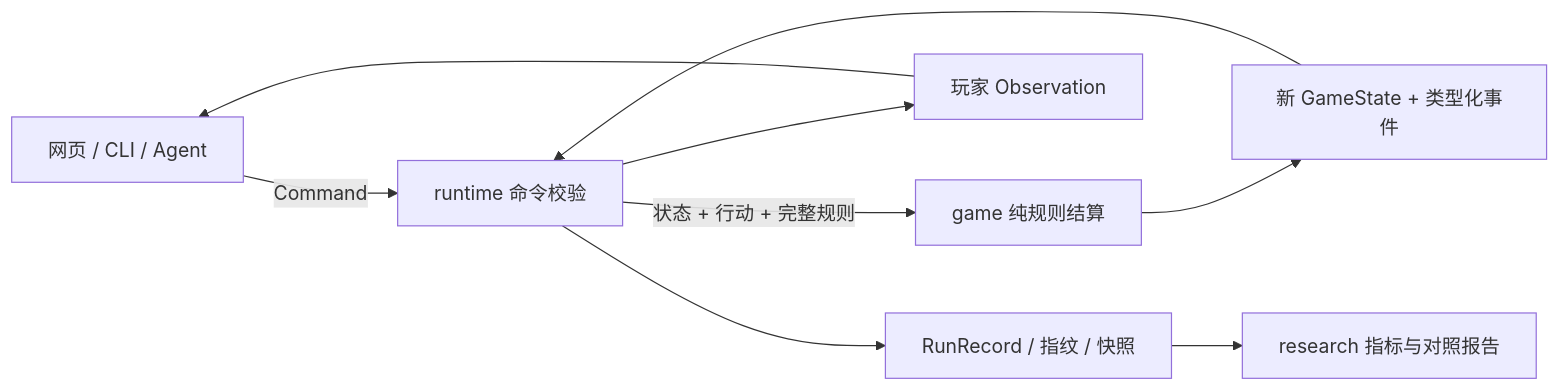
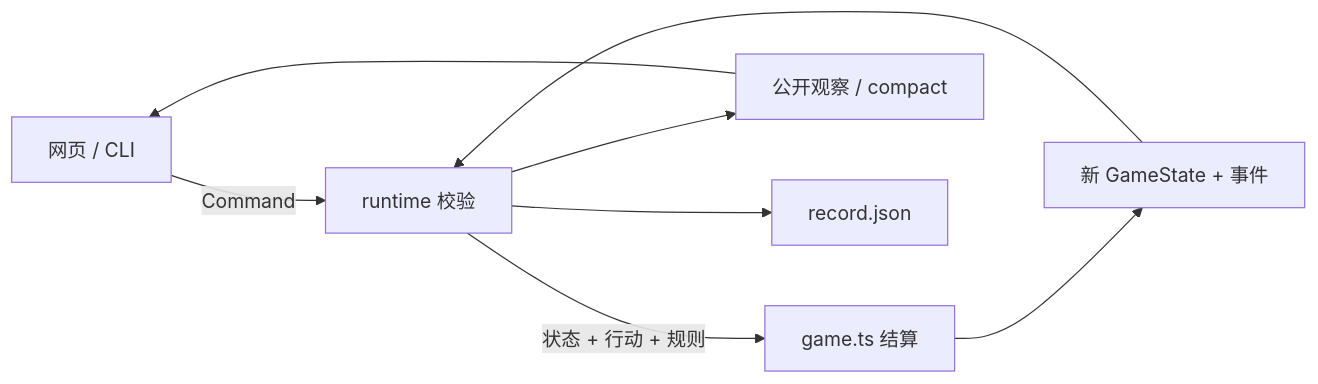
Before and after one commit to lemon08x/civilization-mini: the diagram in docs/ARCHITECTURE.md, drawn with Mermaid. The commit also changed other lines of this file and 367 other files, not shown here.

````diff
--- a/docs/ARCHITECTURE.md
+++ b/docs/ARCHITECTURE.md
@@ -11,11 +7,10 @@
 ```mermaid
 flowchart LR
-  A[网页 / CLI / Agent] -->|Command| R[runtime 命令校验]
-  R -->|状态 + 行动 + 完整规则| G[game 纯规则结算]
-  G --> S[新 GameState + 类型化事件]
+  A[网页 / CLI] -->|Command| R[runtime 校验]
+  R -->|状态 + 行动 + 规则| G[game.ts 结算]
+  G --> S[新 GameState + 事件]
   S --> R
-  R --> O[玩家 Observation]
+  R --> O[公开观察 / compact]
   O --> A
-  R --> F[RunRecord / 指纹 / 快照]
-  F --> E[research 指标与对照报告]
+  R --> F[record.json]
 ```
````
